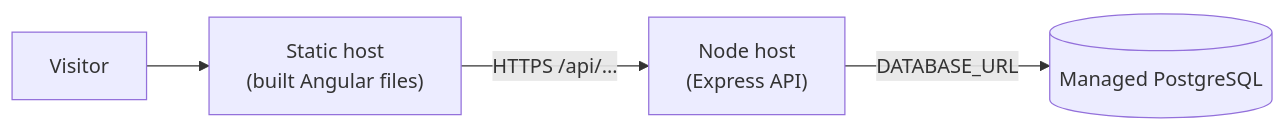
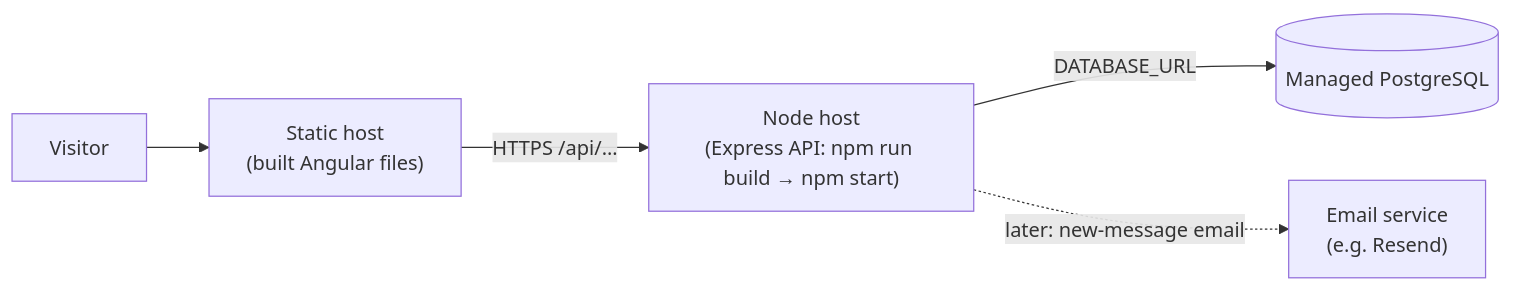
The diagram in docs/09-deployment-and-configuration.md (mdevaangini/portfolio), drawn with Mermaid before and after one commit. The commit also changed other lines of this file and 32 other files, not shown here.

````diff
--- a/docs/09-deployment-and-configuration.md
+++ b/docs/09-deployment-and-configuration.md
@@ -26,6 +38,7 @@
 ```mermaid
 flowchart LR
     V["Visitor"] --> FE["Static host<br/>(built Angular files)"]
-    FE -- "HTTPS /api/…" --> BE["Node host<br/>(Express API)"]
+    FE -- "HTTPS /api/…" --> BE["Node host<br/>(Express API: npm run build → npm start)"]
     BE -- "DATABASE_URL" --> PG[("Managed PostgreSQL")]
+    BE -. "later: new-message email" .-> EM["Email service<br/>(e.g. Resend)"]
 ```
````
